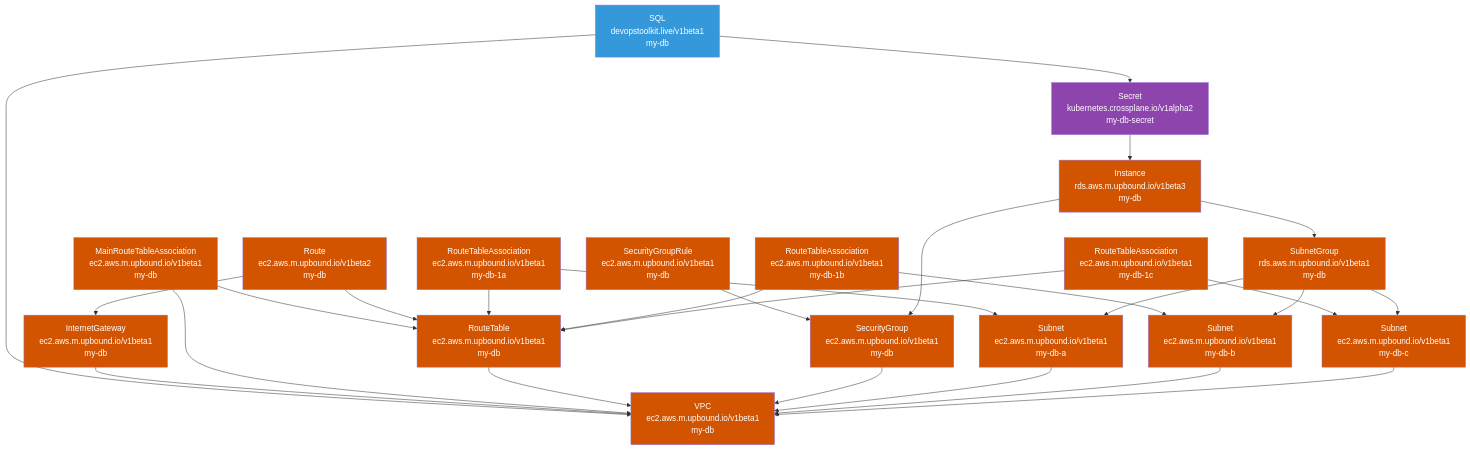
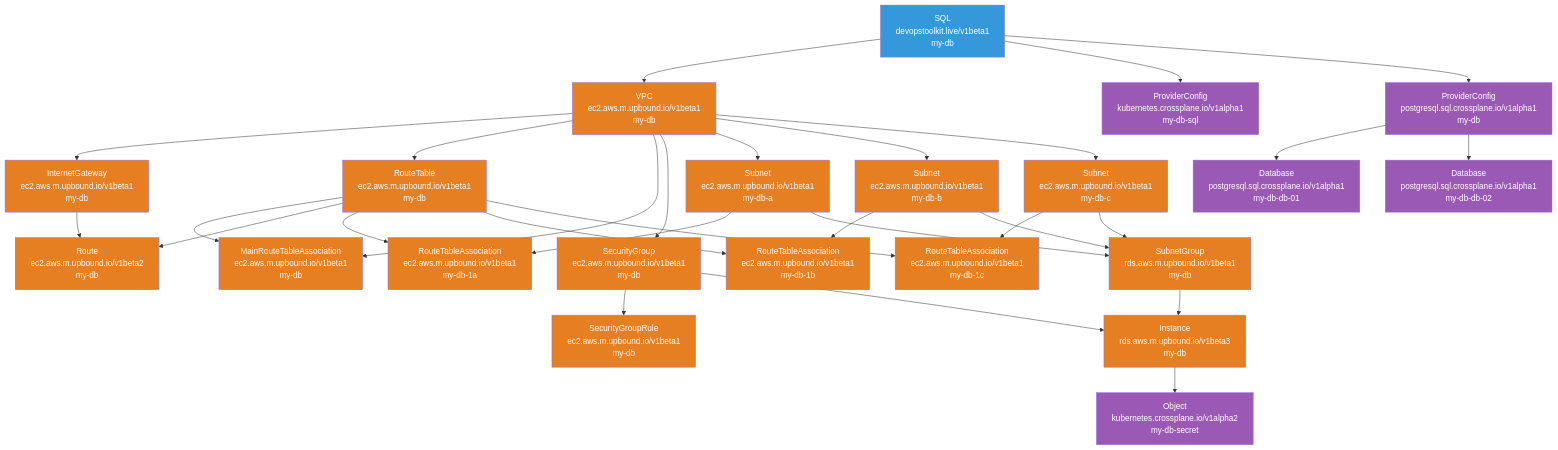
One commit to vfarcic/crossplane-sql changed the diagram in examples/diag-aws.md. Above: the diagram before and after it, drawn with Mermaid. The commit also changed other lines of this file and 5 other files, not shown here.

````diff
--- a/examples/diag-aws.md
+++ b/examples/diag-aws.md
@@ -23,61 +22,57 @@
 ```mermaid
 flowchart TD
-    classDef compositeResource fill:#3498db,color:white
-    classDef awsResource fill:#D35400,color:white
-    classDef otherResource fill:#8E44AD,color:white
+    classDef SQL fill:#3498db,color:white
+    classDef AWS fill:#e67e22,color:white
+    classDef Other fill:#9b59b6,color:white
 
-    SQL["SQL<br>devopstoolkit.live/v1beta1<br>my-db"]:::compositeResource
-
-    %% AWS Resources
-    VPC["VPC<br>ec2.aws.m.upbound.io/v1beta1<br>my-db"]:::awsResource
-    Gateway["InternetGateway<br>ec2.aws.m.upbound.io/v1beta1<br>my-db"]:::awsResource
-    MainRTA["MainRouteTableAssociation<br>ec2.aws.m.upbound.io/v1beta1<br>my-db"]:::awsResource
-    RouteTable["RouteTable<br>ec2.aws.m.upbound.io/v1beta1<br>my-db"]:::awsResource
-    Route["Route<br>ec2.aws.m.upbound.io/v1beta2<br>my-db"]:::awsResource
-    SecGroup["SecurityGroup<br>ec2.aws.m.upbound.io/v1beta1<br>my-db"]:::awsResource
-    SecGroupRule["SecurityGroupRule<br>ec2.aws.m.upbound.io/v1beta1<br>my-db"]:::awsResource
-    SubnetA["Subnet<br>ec2.aws.m.upbound.io/v1beta1<br>my-db-a"]:::awsResource
-    SubnetB["Subnet<br>ec2.aws.m.upbound.io/v1beta1<br>my-db-b"]:::awsResource
-    SubnetC["Subnet<br>ec2.aws.m.upbound.io/v1beta1<br>my-db-c"]:::awsResource
-    RTAA["RouteTableAssociation<br>ec2.aws.m.upbound.io/v1beta1<br>my-db-1a"]:::awsResource
-    RTAB["RouteTableAssociation<br>ec2.aws.m.upbound.io/v1beta1<br>my-db-1b"]:::awsResource
-    RTAC["RouteTableAssociation<br>ec2.aws.m.upbound.io/v1beta1<br>my-db-1c"]:::awsResource
-    SubnetGroup["SubnetGroup<br>rds.aws.m.upbound.io/v1beta1<br>my-db"]:::awsResource
-    RDSInstance["Instance<br>rds.aws.m.upbound.io/v1beta3<br>my-db"]:::awsResource
-
-    %% Other Resources
-    Secret["Secret<br>kubernetes.crossplane.io/v1alpha2<br>my-db-secret"]:::otherResource
-
-    %% Resource Relationships
+    SQL["SQL<br>devopstoolkit.live/v1beta1<br>my-db"]:::SQL
+    VPC["VPC<br>ec2.aws.m.upbound.io/v1beta1<br>my-db"]:::AWS
+    InternetGateway["InternetGateway<br>ec2.aws.m.upbound.io/v1beta1<br>my-db"]:::AWS
+    RouteTable["RouteTable<br>ec2.aws.m.upbound.io/v1beta1<br>my-db"]:::AWS
+    Route["Route<br>ec2.aws.m.upbound.io/v1beta2<br>my-db"]:::AWS
+    MainRouteTableAssociation["MainRouteTableAssociation<br>ec2.aws.m.upbound.io/v1beta1<br>my-db"]:::AWS
+    SecurityGroup["SecurityGroup<br>ec2.aws.m.upbound.io/v1beta1<br>my-db"]:::AWS
+    SecurityGroupRule["SecurityGroupRule<br>ec2.aws.m.upbound.io/v1beta1<br>my-db"]:::AWS
+    SubnetA["Subnet<br>ec2.aws.m.upbound.io/v1beta1<br>my-db-a"]:::AWS
+    SubnetB["Subnet<br>ec2.aws.m.upbound.io/v1beta1<br>my-db-b"]:::AWS
+    SubnetC["Subnet<br>ec2.aws.m.upbound.io/v1beta1<br>my-db-c"]:::AWS
+    RouteTableAssociationA["RouteTableAssociation<br>ec2.aws.m.upbound.io/v1beta1<br>my-db-1a"]:::AWS
+    RouteTableAssociationB["RouteTableAssociation<br>ec2.aws.m.upbound.io/v1beta1<br>my-db-1b"]:::AWS
+    RouteTableAssociationC["RouteTableAssociation<br>ec2.aws.m.upbound.io/v1beta1<br>my-db-1c"]:::AWS
+    RDSSubnetGroup["SubnetGroup<br>rds.aws.m.upbound.io/v1beta1<br>my-db"]:::AWS
+    RDSInstance["Instance<br>rds.aws.m.upbound.io/v1beta3<br>my-db"]:::AWS
+    KubernetesObject["Object<br>kubernetes.crossplane.io/v1alpha2<br>my-db-secret"]:::Other
+    ProviderConfigK8s["ProviderConfig<br>kubernetes.crossplane.io/v1alpha1<br>my-db-sql"]:::Other
+    ProviderConfigSQL["ProviderConfig<br>postgresql.sql.crossplane.io/v1alpha1<br>my-db"]:::Other
+    DatabaseA["Database<br>postgresql.sql.crossplane.io/v1alpha1<br>my-db-db-01"]:::Other
+    DatabaseB["Database<br>postgresql.sql.crossplane.io/v1alpha1<br>my-db-db-02"]:::Other
+    
     SQL --> VPC
-    SQL --> Secret
-
-    Gateway --> VPC
-    MainRTA --> RouteTable
-    MainRTA --> VPC
-    RouteTable --> VPC
-    Route --> RouteTable
-    Route --> Gateway
-    SecGroup --> VPC
-    SecGroupRule --> SecGroup
-
-    SubnetA --> VPC
-    SubnetB --> VPC
-    SubnetC --> VPC
-
-    RTAA --> RouteTable
-    RTAA --> SubnetA
-    RTAB --> RouteTable
-    RTAB --> SubnetB
-    RTAC --> RouteTable
-    RTAC --> SubnetC
-
-    SubnetGroup --> SubnetA
-    SubnetGroup --> SubnetB
-    SubnetGroup --> SubnetC
-
-    RDSInstance --> SubnetGroup
-    RDSInstance --> SecGroup
-
-    Secret --> RDSInstance
+    VPC --> InternetGateway
+    VPC --> RouteTable
+    RouteTable --> MainRouteTableAssociation
+    VPC --> MainRouteTableAssociation
+    RouteTable --> Route
+    InternetGateway --> Route
+    VPC --> SecurityGroup
+    SecurityGroup --> SecurityGroupRule
+    VPC --> SubnetA
+    VPC --> SubnetB
+    VPC --> SubnetC
+    RouteTable --> RouteTableAssociationA
+    SubnetA --> RouteTableAssociationA
+    RouteTable --> RouteTableAssociationB
+    SubnetB --> RouteTableAssociationB
+    RouteTable --> RouteTableAssociationC
+    SubnetC --> RouteTableAssociationC
+    SubnetA --> RDSSubnetGroup
+    SubnetB --> RDSSubnetGroup
+    SubnetC --> RDSSubnetGroup
+    RDSSubnetGroup --> RDSInstance
+    SecurityGroup --> RDSInstance
+    RDSInstance --> KubernetesObject
+    SQL --> ProviderConfigK8s
+    SQL --> ProviderConfigSQL
+    ProviderConfigSQL --> DatabaseA
+    ProviderConfigSQL --> DatabaseB
 ```
````
